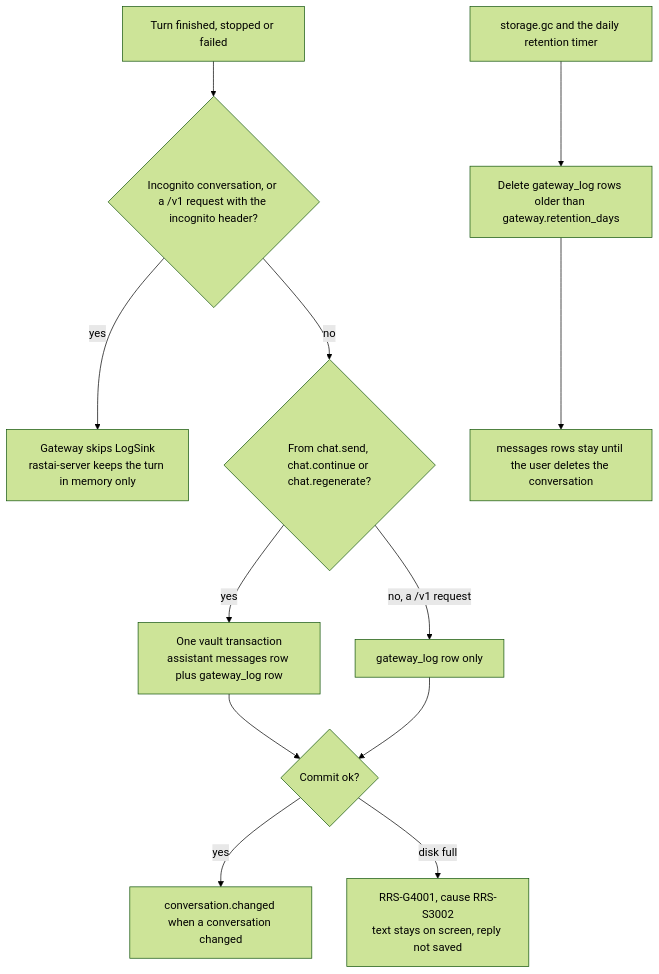
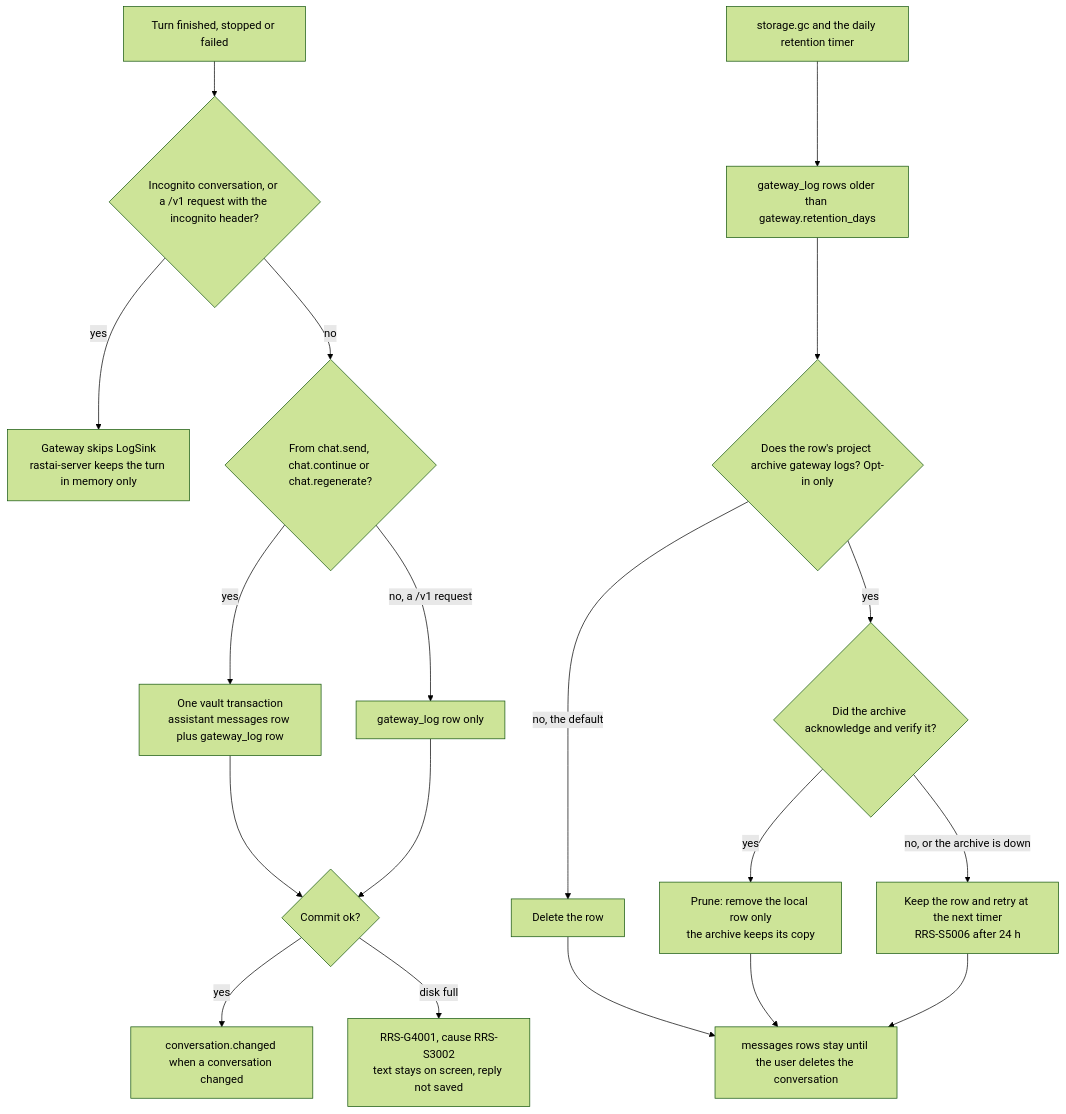
Before and after one commit to Snubiss/RASTAI-Research-Studio: the fourth of 31 diagrams in docs/architecture/flows/inference-psychology.md, drawn with Mermaid (forest theme). The commit also changed other lines of this file and 44 other files, not shown here.

````diff
--- a/docs/architecture/flows/inference-psychology.md
+++ b/docs/architecture/flows/inference-psychology.md
@@ -349,14 +352,21 @@
 ```mermaid
 flowchart TD
   T["Turn finished, stopped or failed"] --> INC{"Incognito conversation, or a /v1 request with the incognito header?"}
   INC -->|"yes"| MEM["Gateway skips LogSink<br/>rastai-server keeps the turn in memory only"]
   INC -->|"no"| KIND{"From chat.send, chat.continue or chat.regenerate?"}
   KIND -->|"yes"| BOTH["One vault transaction<br/>assistant messages row plus gateway_log row"]
   KIND -->|"no, a /v1 request"| ONLY["gateway_log row only"]
   BOTH --> OK{"Commit ok?"}
   ONLY --> OK
   OK -->|"yes"| EV["conversation.changed when a conversation changed"]
   OK -->|"disk full"| DF["RRS-G4001, cause RRS-S3002<br/>text stays on screen, reply not saved"]
-  GC["storage.gc and the daily retention timer"] --> AGE["Delete gateway_log rows older than gateway.retention_days"]
-  AGE --> KEEP["messages rows stay until the user deletes the conversation"]
+  GC["storage.gc and the daily retention timer"] --> AGE["gateway_log rows older than gateway.retention_days"]
+  AGE --> ARCQ{"Does the row's project archive gateway logs? Opt-in only"}
+  ARCQ -->|"no, the default"| DELR["Delete the row"]
+  ARCQ -->|"yes"| ACKQ{"Did the archive acknowledge and verify it?"}
+  ACKQ -->|"yes"| PRUNE["Prune: remove the local row only<br/>the archive keeps its copy"]
+  ACKQ -->|"no, or the archive is down"| WAIT["Keep the row and retry at the next timer<br/>RRS-S5006 after 24 h"]
+  DELR --> KEEP["messages rows stay until the user deletes the conversation"]
+  PRUNE --> KEEP
+  WAIT --> KEEP
 ```
````
